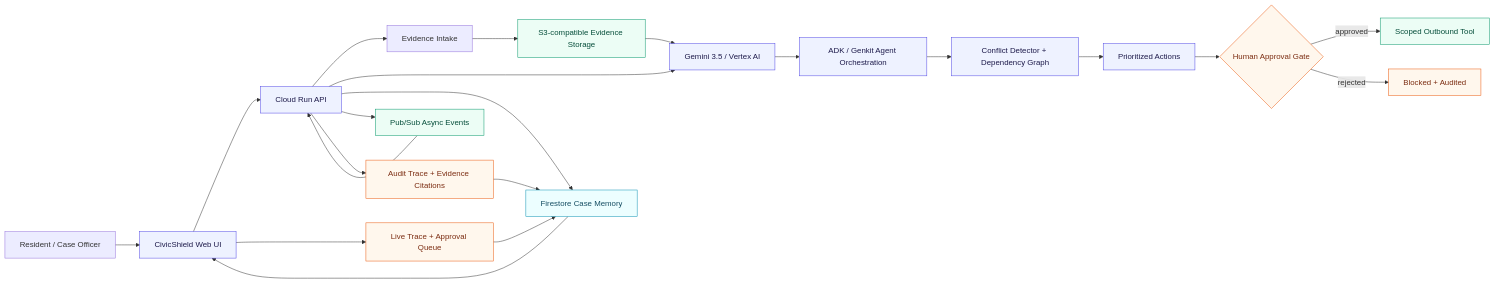
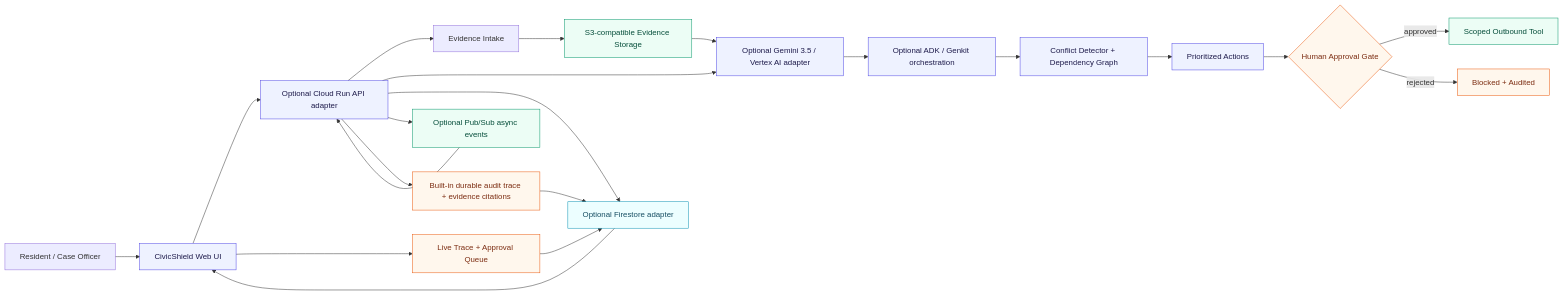
Before and after one commit to karimelassali/civicshield-hackathon: the diagram in submission/ARCHITECTURE.mmd, drawn with Mermaid. The commit also changed 6 other files, not shown here.

```diff
--- a/submission/ARCHITECTURE.mmd
+++ b/submission/ARCHITECTURE.mmd
@@ -1,30 +1,30 @@
 flowchart LR
   U[Resident / Case Officer] --> UI[CivicShield Web UI]
-  UI --> API[Cloud Run API]
+  UI --> API[Optional Cloud Run API adapter]
   UI --> TRACE[Live Trace + Approval Queue]
   API --> INGEST[Evidence Intake]
   INGEST --> S3[S3-compatible Evidence Storage]
-  API --> GEMINI[Gemini 3.5 / Vertex AI]
-  GEMINI --> ADK[ADK / Genkit Agent Orchestration]
+  API --> GEMINI[Optional Gemini 3.5 / Vertex AI adapter]
+  GEMINI --> ADK[Optional ADK / Genkit orchestration]
   ADK --> PLAN[Conflict Detector + Dependency Graph]
   PLAN --> ACTIONS[Prioritized Actions]
   ACTIONS --> GATE{Human Approval Gate}
   GATE -->|approved| OUT[Scoped Outbound Tool]
   GATE -->|rejected| HOLD[Blocked + Audited]
-  API --> FS[Firestore Case Memory]
-  API --> PUB[Pub/Sub Async Events]
+  API --> FS[Optional Firestore adapter]
+  API --> PUB[Optional Pub/Sub async events]
   PUB --> API
-  API --> AUDIT[Audit Trace + Evidence Citations]
+  API --> AUDIT[Built-in durable audit trace + evidence citations]
   AUDIT --> FS
   S3 --> GEMINI
   FS --> UI
   TRACE --> FS
 
   classDef core fill:#eef2ff,stroke:#4f46e5,color:#1e1b4b;
   classDef cloud fill:#ecfdf5,stroke:#059669,color:#064e3b;
   classDef safety fill:#fff7ed,stroke:#ea580c,color:#7c2d12;
   classDef memory fill:#ecfeff,stroke:#0891b2,color:#164e63;
   class UI,API,GEMINI,ADK,PLAN,ACTIONS core;
   class S3,PUB,OUT cloud;
   class GATE,HOLD,TRACE,AUDIT safety;
   class FS memory;
```
